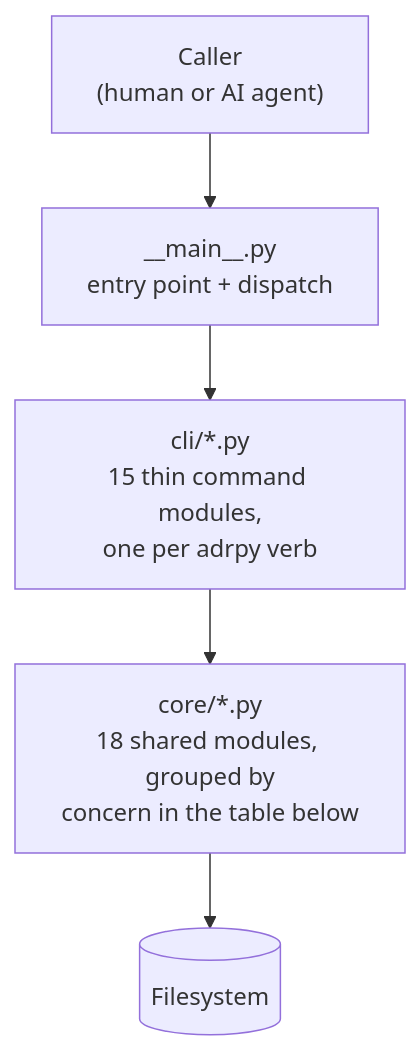
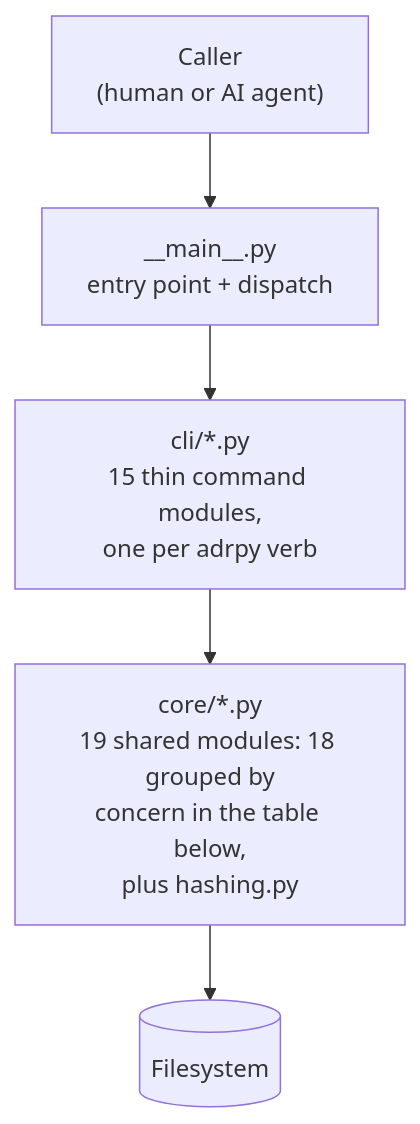
One commit to FRACerqueira/adrpy-ai changed the first of 6 diagrams in doc/architecture.md. Above: the diagram before and after it, drawn with Mermaid. The commit also changed other lines of this file and 37 other files, not shown here.

````diff
--- a/doc/architecture.md
+++ b/doc/architecture.md
@@ -54,7 +54,7 @@
 ```mermaid
 graph TD
     CALLER["Caller<br/>(human or AI agent)"] --> MAIN
     MAIN["__main__.py<br/>entry point + dispatch"] --> CLI
     CLI["cli/*.py<br/>15 thin command modules,<br/>one per adrpy verb"] --> CORE
-    CORE["core/*.py<br/>18 shared modules, grouped by<br/>concern in the table below"] --> FS[("Filesystem")]
+    CORE["core/*.py<br/>19 shared modules: 18 grouped by<br/>concern in the table below,<br/>plus hashing.py"] --> FS[("Filesystem")]
 ```
````
